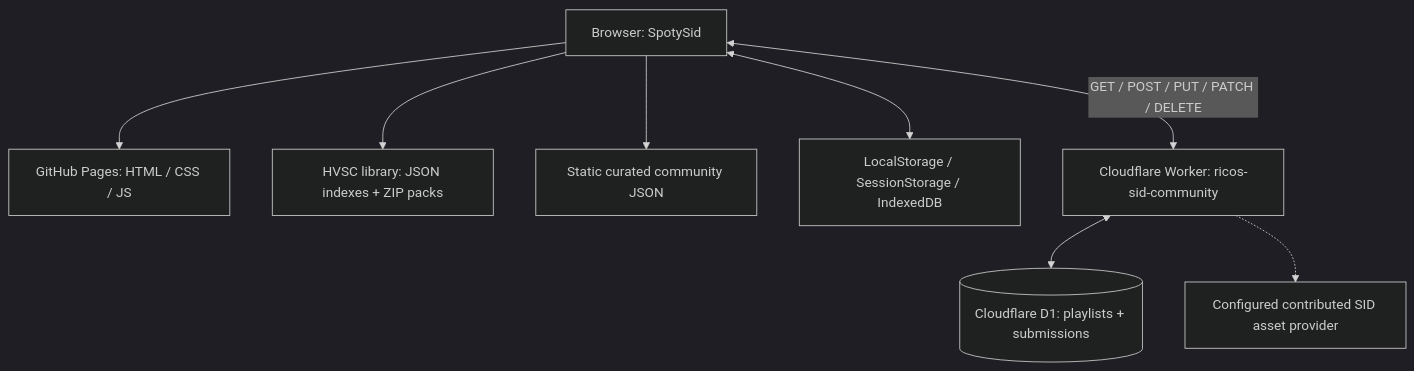
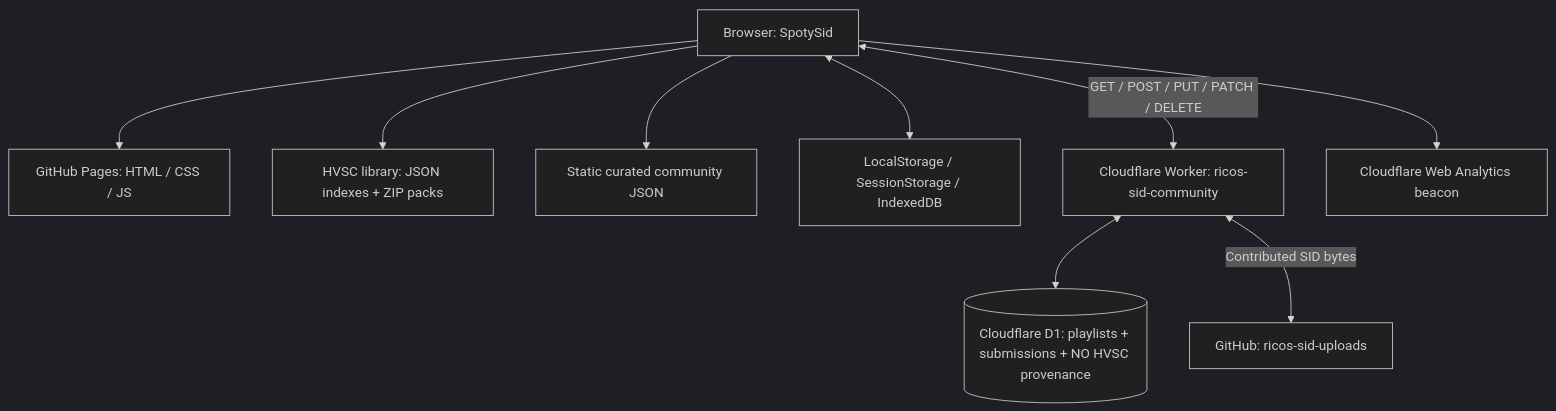
The diagram in docs/ARCHITECTURE.md (serigrafiamdp-web/RICOS-MOD-JAMES-SIDPLAYER-ONLINE), drawn with Mermaid (dark theme) before and after one commit. The commit also changed other lines of this file, not shown here.

Commit message:
docs: align architecture with deployed NO HVSC, GitHub assets and web analytics

````diff
--- a/docs/ARCHITECTURE.md
+++ b/docs/ARCHITECTURE.md
@@ -7,10 +7,11 @@
 ```mermaid
 flowchart TD
   B[Browser: SpotySid] --> P[GitHub Pages: HTML / CSS / JS]
   B --> H[HVSC library: JSON indexes + ZIP packs]
   B --> S[Static curated community JSON]
   B <--> L[LocalStorage / SessionStorage / IndexedDB]
   B <-->|GET / POST / PUT / PATCH / DELETE| W[Cloudflare Worker: ricos-sid-community]
-  W <--> D[(Cloudflare D1: playlists + submissions)]
-  W -.-> A[Configured contributed SID asset provider]
+  W <--> D[(Cloudflare D1: playlists + submissions + NO HVSC provenance)]
+  W <-->|Contributed SID bytes| A[GitHub: ricos-sid-uploads]
+  B --> T[Cloudflare Web Analytics beacon]
 ```
````
